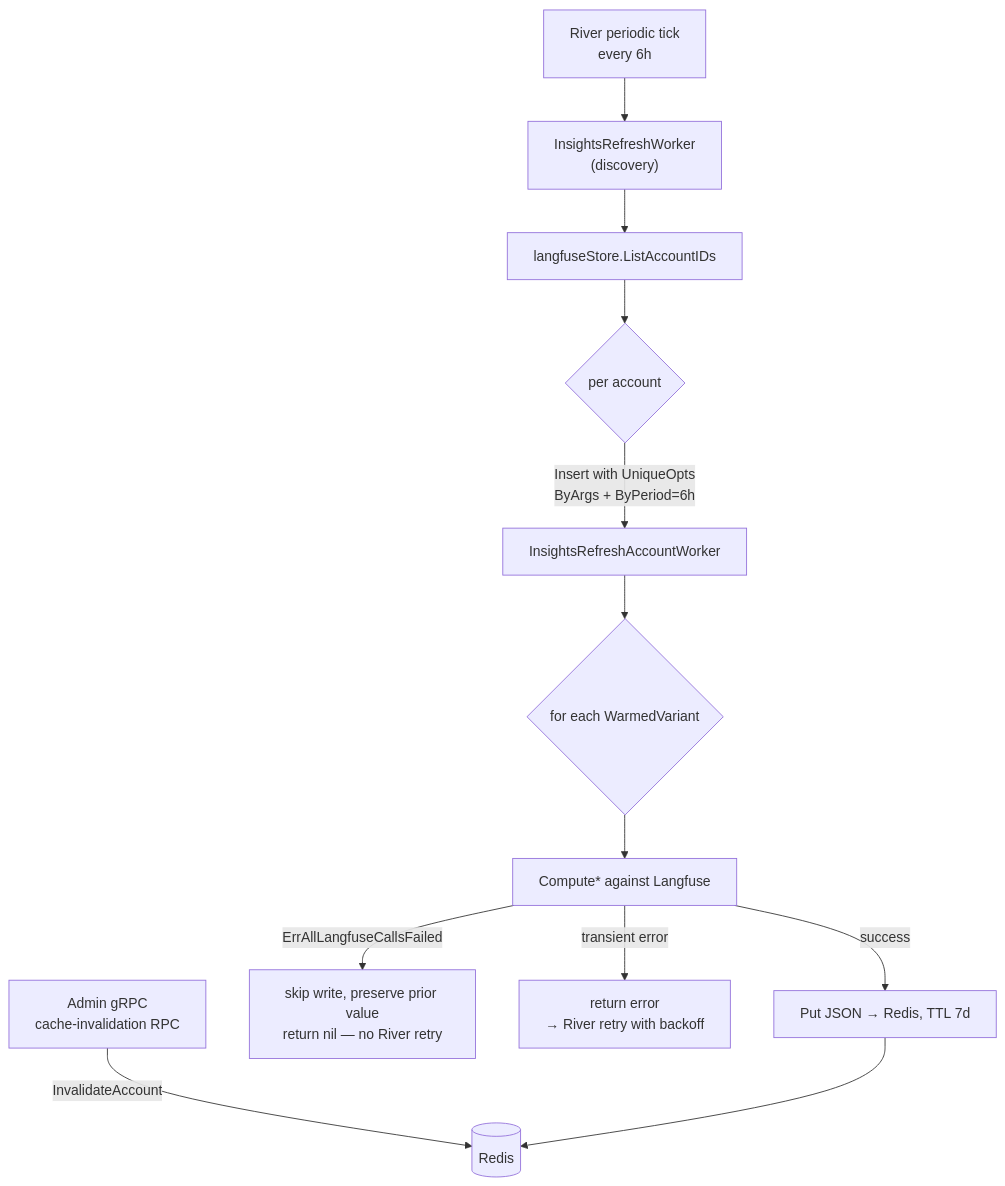
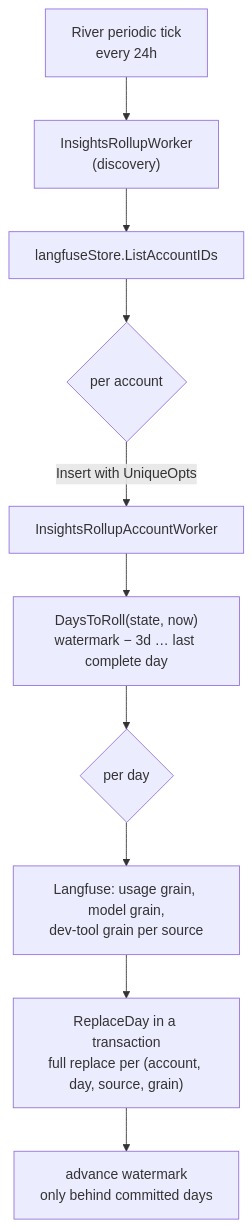
One commit to astropods/astro-cli changed the third of 5 diagrams in docs/03-architecture/insights.md. Above: the diagram before and after it, drawn with Mermaid. The commit also changed other lines of this file and 46 other files, not shown here.

First line of the commit message:
feat(insights): serve the page from stored daily usage (#2012)

````diff
--- a/docs/03-architecture/insights.md
+++ b/docs/03-architecture/insights.md
@@ -128,17 +105,13 @@
 ```mermaid
 flowchart TD
-  P["River periodic tick<br/>every 6h"] --> D["InsightsRefreshWorker<br/>(discovery)"]
+  P["River periodic tick<br/>every 24h"] --> D["InsightsRollupWorker<br/>(discovery)"]
   D --> L["langfuseStore.ListAccountIDs"]
   L --> F{"per account"}
-  F -->|"Insert with UniqueOpts<br/>ByArgs + ByPeriod=6h"| A["InsightsRefreshAccountWorker"]
+  F -->|"Insert with UniqueOpts"| A["InsightsRollupAccountWorker"]
 
-  A --> V{"for each WarmedVariant"}
-  V --> CM["Compute* against Langfuse"]
-
-  CM -->|"success"| PUT["Put JSON → Redis, TTL 7d"]
-  CM -->|"ErrAllLangfuseCallsFailed"| SKIP["skip write, preserve prior value<br/>return nil — no River retry"]
-  CM -->|"transient error"| RET["return error<br/>→ River retry with backoff"]
-
-  ADM["Admin gRPC<br/>cache-invalidation RPC"] -->|"InvalidateAccount"| RD[("Redis")]
-  PUT --> RD
+  A --> DAYS["DaysToRoll(state, now)<br/>watermark − 3d … last complete day"]
+  DAYS --> RD{"per day"}
+  RD --> Q["Langfuse: usage grain, model grain,<br/>dev-tool grain per source"]
+  Q --> W["ReplaceDay in a transaction<br/>full replace per (account, day, source, grain)"]
+  W --> WM["advance watermark<br/>only behind committed days"]
 ```
````
